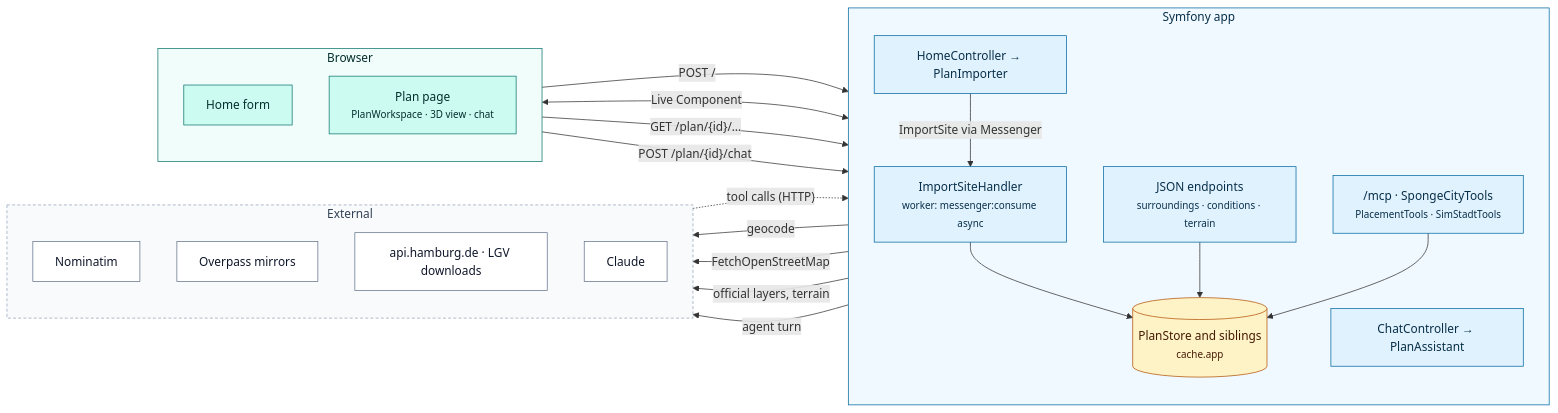
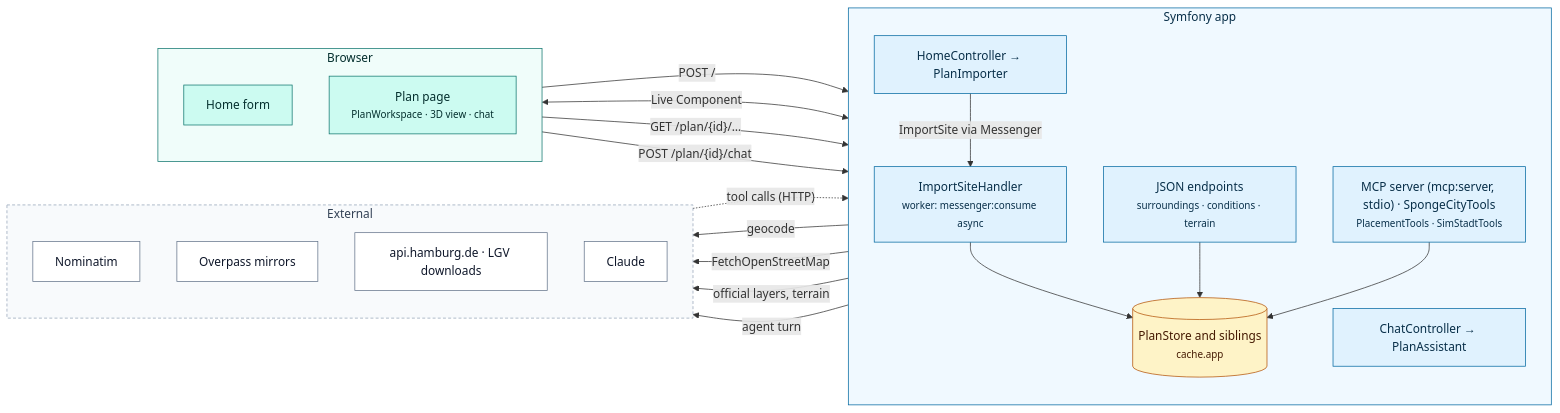
The first of 4 diagrams in docs/architecture.md (davidgorges/spongecity-ai-public), drawn with Mermaid before and after one commit. The commit also changed other lines of this file and 10 other files, not shown here.

First line of the commit message:
Agent reaches its MCP tools over stdio instead of HTTP

````diff
--- a/docs/architecture.md
+++ b/docs/architecture.md
@@ -14,48 +14,48 @@
 ```mermaid
 flowchart LR
     subgraph browser["Browser"]
         direction TB
         home["Home form"]
         page["Plan page<br/><small>PlanWorkspace · 3D view · chat</small>"]
     end
 
     subgraph app["Symfony app"]
         direction TB
         hc["HomeController → PlanImporter"]
         json["JSON endpoints<br/><small>surroundings · conditions · terrain</small>"]
         chat["ChatController → PlanAssistant"]
-        tools["/mcp · SpongeCityTools<br/><small>PlacementTools · SimStadtTools</small>"]
+        tools["MCP server (mcp:server, stdio) · SpongeCityTools<br/><small>PlacementTools · SimStadtTools</small>"]
         handler["ImportSiteHandler<br/><small>worker: messenger:consume async</small>"]
         store[("PlanStore and siblings<br/><small>cache.app</small>")]
     end
 
     subgraph ext["External"]
         direction TB
         nom["Nominatim"]
         ovp["Overpass mirrors"]
         hh["api.hamburg.de · LGV downloads"]
         cl["Claude"]
     end
 
     home -- "POST /" --> hc -- "geocode" --> nom
     hc -- "ImportSite via Messenger" --> handler
     handler -- "FetchOpenStreetMap" --> ovp
     handler -- "official layers, terrain" --> hh
     handler --> store
     page <-- "Live Component" --> store
     page -- "GET /plan/{id}/…" --> json --> store
     page -- "POST /plan/{id}/chat" --> chat -- "agent turn" --> cl
     cl -. "tool calls (HTTP)" .-> tools --> store
 
     classDef ui fill:#ccfbf1,stroke:#0f766e,color:#042f2e
     classDef svc fill:#e0f2fe,stroke:#0369a1,color:#082f49
     classDef data fill:#fef3c7,stroke:#b45309,color:#451a03
     classDef external fill:#ffffff,stroke:#64748b,color:#0f172a
     class home,page ui
     class hc,json,chat,tools,handler svc
     class store data
     class nom,ovp,hh,cl external
     style browser fill:#f0fdfa,stroke:#0f766e,color:#042f2e
     style app fill:#f0f9ff,stroke:#0369a1,color:#082f49
     style ext fill:#f8fafc,stroke:#94a3b8,stroke-dasharray:4 3,color:#334155
 ```
````
